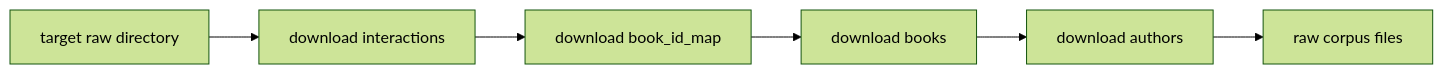
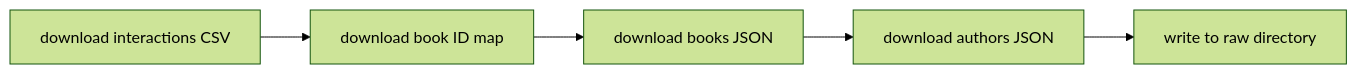
The second of 4 diagrams in docs/3_WORKFLOWS.md (cptntrps/bookmatch), drawn with Mermaid (forest theme) before and after one commit. The commit also changed other lines of this file and 5 other files, not shown here.

````diff
--- a/docs/3_WORKFLOWS.md
+++ b/docs/3_WORKFLOWS.md
@@ -69,8 +71,7 @@
 ```mermaid
 graph LR
-    A[target raw directory] --> B[download interactions]
-    B --> C[download book_id_map]
-    C --> D[download books]
-    D --> E[download authors]
-    E --> F[raw corpus files]
+    A[download interactions CSV] --> B[download book ID map]
+    B --> C[download books JSON]
+    C --> D[download authors JSON]
+    D --> E[write to raw directory]
 ```
````
